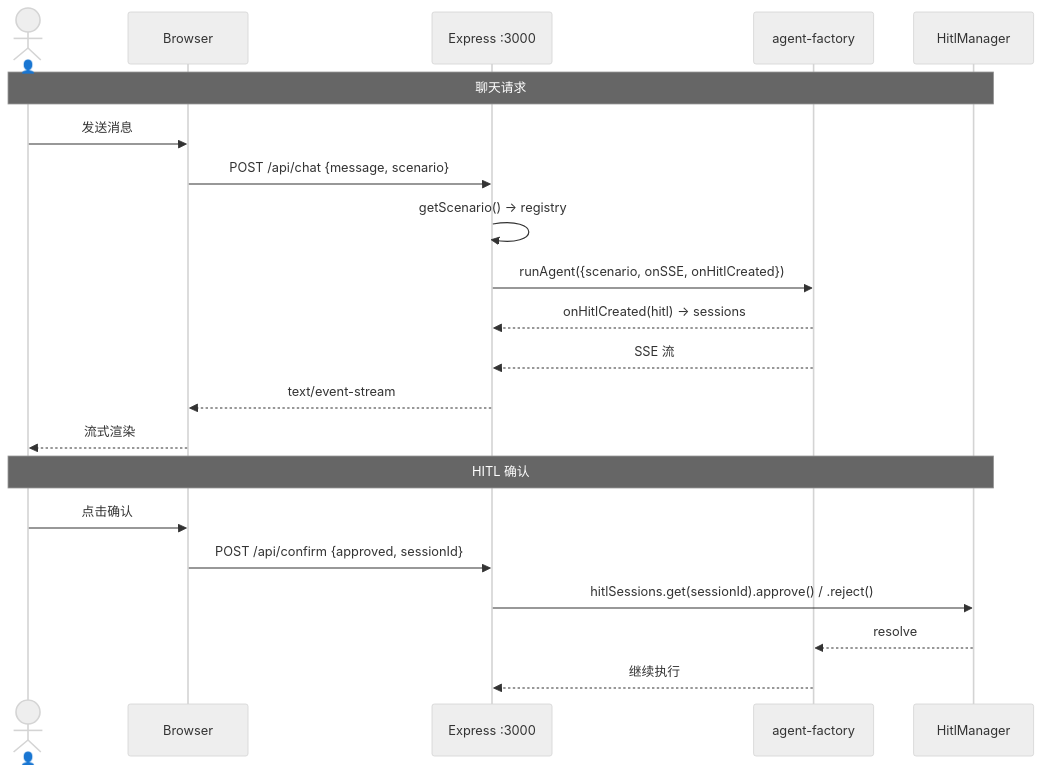
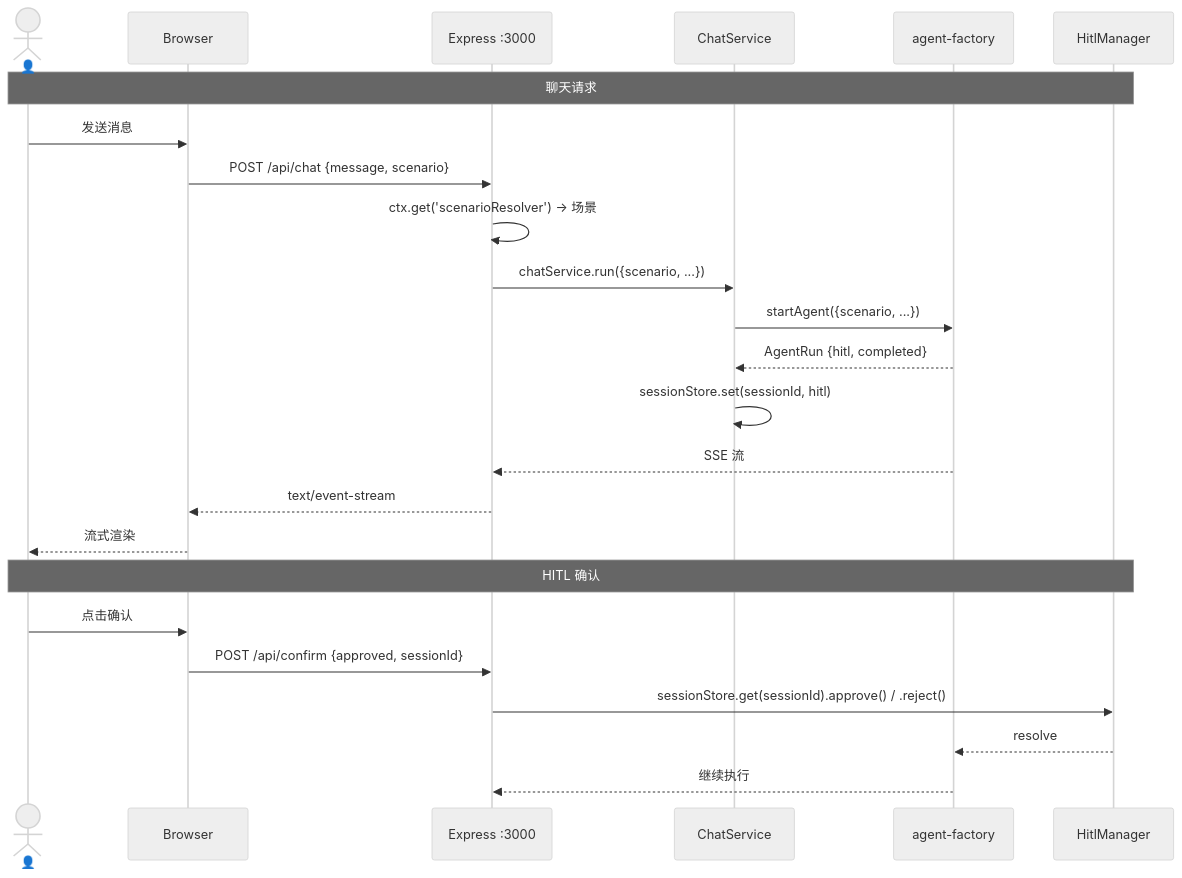
Before and after one commit to yjzaaa/leave-approval-agent: the third of 3 diagrams in src/controllers/server/CLAUDE.md, drawn with Mermaid (neutral theme). The commit also changed other lines of this file and 2 other files, not shown here.

````diff
--- a/src/controllers/server/CLAUDE.md
+++ b/src/controllers/server/CLAUDE.md
@@ -75,25 +71,28 @@
 ```mermaid
 sequenceDiagram
     actor User as 👤
     participant Browser as Browser
     participant Express as Express :3000
-    participant Factory as agent-factory
+    participant Service as ChatService
+    participant Agent as agent-factory
     participant Hitl as HitlManager
 
     Note over User,Hitl: 聊天请求
     User->>Browser: 发送消息
     Browser->>Express: POST /api/chat {message, scenario}
-    Express->>Express: getScenario() → registry
-    Express->>Factory: runAgent({scenario, onSSE, onHitlCreated})
-    Factory-->>Express: onHitlCreated(hitl) → sessions
-    Factory-->>Express: SSE 流
+    Express->>Express: ctx.get('scenarioResolver') → 场景
+    Express->>Service: chatService.run({scenario, ...})
+    Service->>Agent: startAgent({scenario, ...})
+    Agent-->>Service: AgentRun {hitl, completed}
+    Service->>Service: sessionStore.set(sessionId, hitl)
+    Agent-->>Express: SSE 流
     Express-->>Browser: text/event-stream
     Browser-->>User: 流式渲染
 
     Note over User,Hitl: HITL 确认
     User->>Browser: 点击确认
     Browser->>Express: POST /api/confirm {approved, sessionId}
-    Express->>Hitl: hitlSessions.get(sessionId).approve() / .reject()
-    Hitl-->>Factory: resolve
-    Factory-->>Express: 继续执行
+    Express->>Hitl: sessionStore.get(sessionId).approve() / .reject()
+    Hitl-->>Agent: resolve
+    Agent-->>Express: 继续执行
 ```
````
